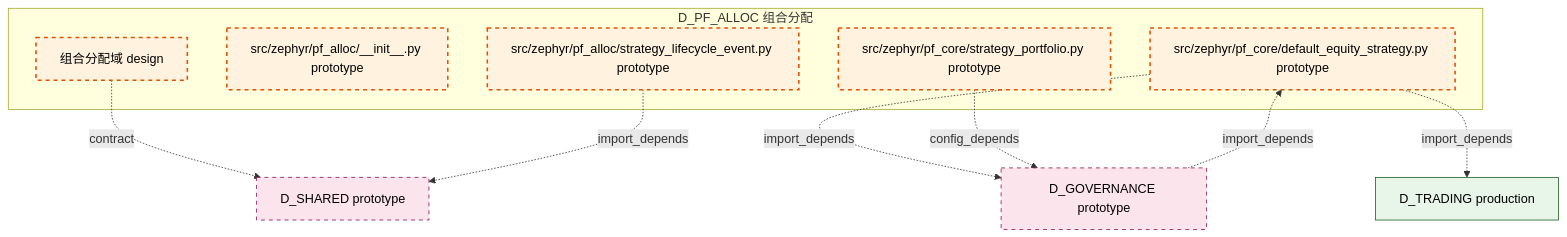
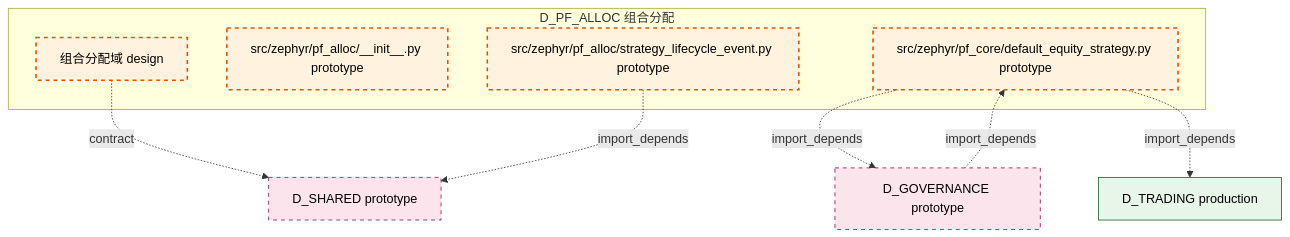
One commit to xuanFelixVan/ZephyrAlpha changed the diagram in docs/02_enterprise_architecture/02_domain_architecture_docs/44_d_pf_alloc.md. Above: the diagram before and after it, drawn with Mermaid. The commit also changed other lines of this file and 105 other files, not shown here.

````diff
--- a/docs/02_enterprise_architecture/02_domain_architecture_docs/44_d_pf_alloc.md
+++ b/docs/02_enterprise_architecture/02_domain_architecture_docs/44_d_pf_alloc.md
@@ -47,26 +47,24 @@
 ```mermaid
 graph TD
     subgraph D_PF_ALLOC["D_PF_ALLOC 组合分配"]
         src_zephyr_pf_alloc["组合分配域 design"]
         src_zephyr_pf_alloc_init_py["src/zephyr/pf_alloc/__init__.py prototype"]
         src_zephyr_pf_alloc_strategy_lifecycle_event_py["src/zephyr/pf_alloc/strategy_lifecycle_event.py prototype"]
         src_zephyr_pf_core_default_equity_strategy_py["src/zephyr/pf_core/default_equity_strategy.py prototype"]
-        src_zephyr_pf_core_strategy_portfolio_py["src/zephyr/pf_core/strategy_portfolio.py prototype"]
     end
     D_SHARED["D_SHARED prototype"]
     src_zephyr_pf_alloc -.->|contract| D_SHARED
     D_GOVERNANCE["D_GOVERNANCE prototype"]
     src_zephyr_pf_core_default_equity_strategy_py -.->|import_depends| D_GOVERNANCE
     D_TRADING["D_TRADING production"]
     src_zephyr_pf_core_default_equity_strategy_py -.->|import_depends| D_TRADING
-    src_zephyr_pf_core_strategy_portfolio_py -.->|config_depends| D_GOVERNANCE
     src_zephyr_pf_alloc_strategy_lifecycle_event_py -.->|import_depends| D_SHARED
     D_GOVERNANCE -.->|import_depends| src_zephyr_pf_core_default_equity_strategy_py
     classDef production fill:#e1f5fe,stroke:#01579b,stroke-width:2px,color:#000
     classDef design fill:#fff3e0,stroke:#e65100,stroke-width:2px,color:#000,stroke-dasharray: 5 5
     classDef external_prod fill:#e8f5e9,stroke:#1b5e20,stroke-width:1px,color:#000
     classDef external_design fill:#fce4ec,stroke:#880e4f,stroke-width:1px,color:#000,stroke-dasharray: 5 5
-    class src_zephyr_pf_alloc,src_zephyr_pf_alloc_init_py,src_zephyr_pf_alloc_strategy_lifecycle_event_py,src_zephyr_pf_core_default_equity_strategy_py,src_zephyr_pf_core_strategy_portfolio_py design
+    class src_zephyr_pf_alloc,src_zephyr_pf_alloc_init_py,src_zephyr_pf_alloc_strategy_lifecycle_event_py,src_zephyr_pf_core_default_equity_strategy_py design
     class D_TRADING external_prod
     class D_SHARED,D_GOVERNANCE external_design
 ```
````
